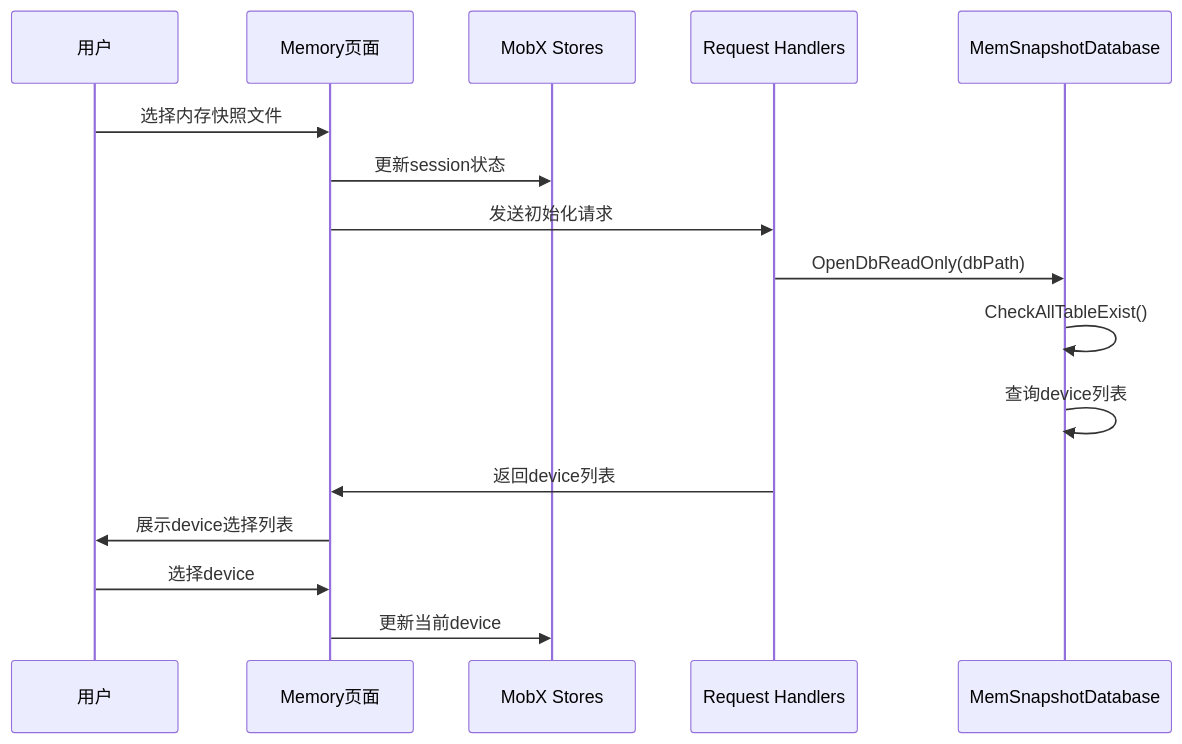
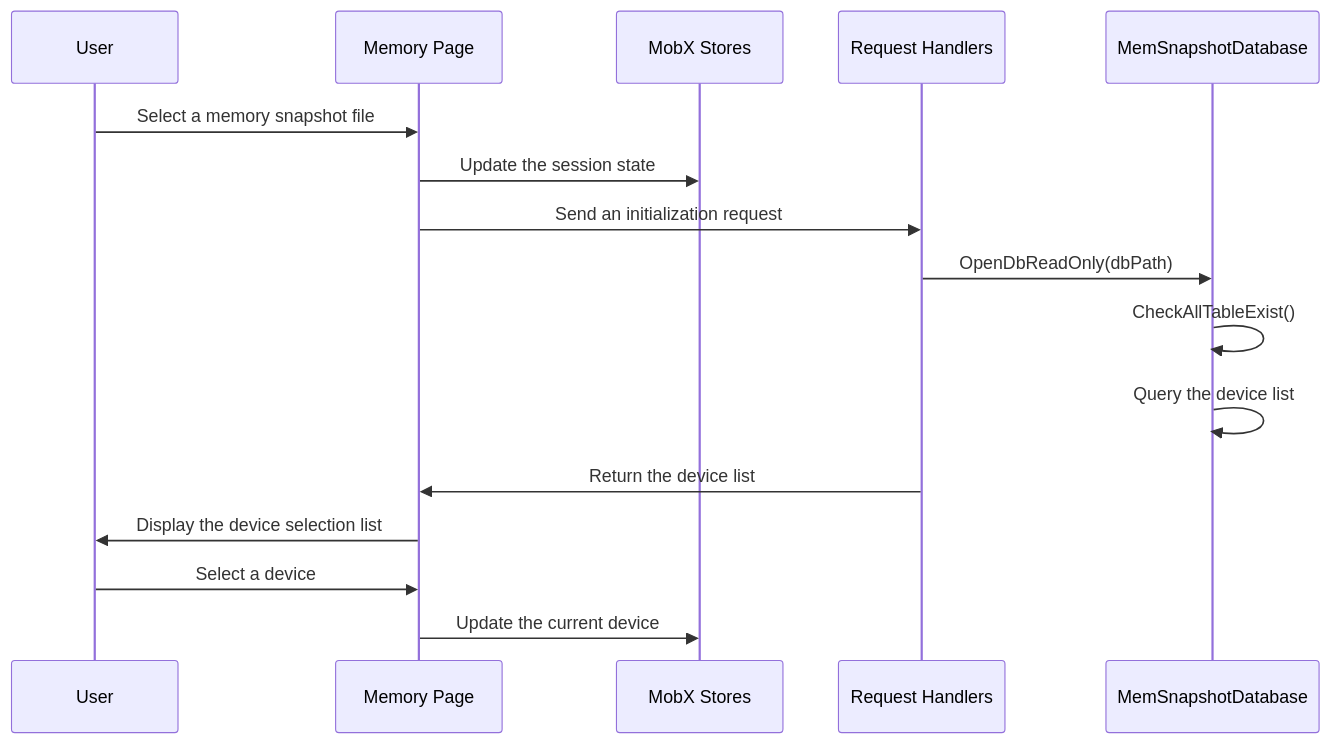
The second of 8 diagrams in docs/en/development_guide/design/support_snapshot_analysis.md (Ascend/msinsight), drawn with Mermaid before and after one commit. The commit also changed other lines of this file and 323 other files, not shown here.

````diff
--- a/docs/en/development_guide/design/support_snapshot_analysis.md
+++ b/docs/en/development_guide/design/support_snapshot_analysis.md
@@ -318,19 +262,19 @@
 ```mermaid
 sequenceDiagram
-    participant User as 用户
-    participant MemoryPage as Memory页面
+    participant User as User
+    participant MemoryPage as Memory Page
     participant Stores as MobX Stores
     participant Handlers as Request Handlers
     participant Database as MemSnapshotDatabase
 
-    User->>MemoryPage: 选择内存快照文件
-    MemoryPage->>Stores: 更新session状态
-    MemoryPage->>Handlers: 发送初始化请求
+    User->>MemoryPage: Select a memory snapshot file
+    MemoryPage->>Stores: Update the session state
+    MemoryPage->>Handlers: Send an initialization request
     Handlers->>Database: OpenDbReadOnly(dbPath)
     Database->>Database: CheckAllTableExist()
-    Database->>Database: 查询device列表
-    Handlers->>MemoryPage: 返回device列表
-    MemoryPage->>User: 展示device选择列表
-    User->>MemoryPage: 选择device
-    MemoryPage->>Stores: 更新当前device
+    Database->>Database: Query the device list
+    Handlers->>MemoryPage: Return the device list
+    MemoryPage->>User: Display the device selection list
+    User->>MemoryPage: Select a device
+    MemoryPage->>Stores: Update the current device
 ```
````
